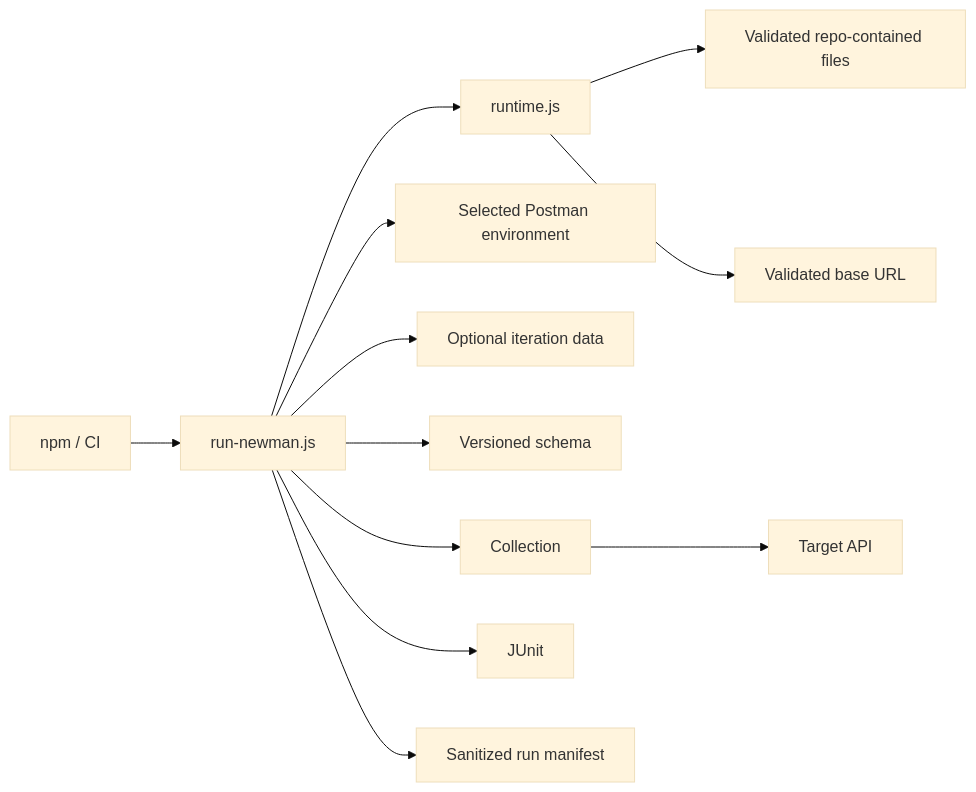
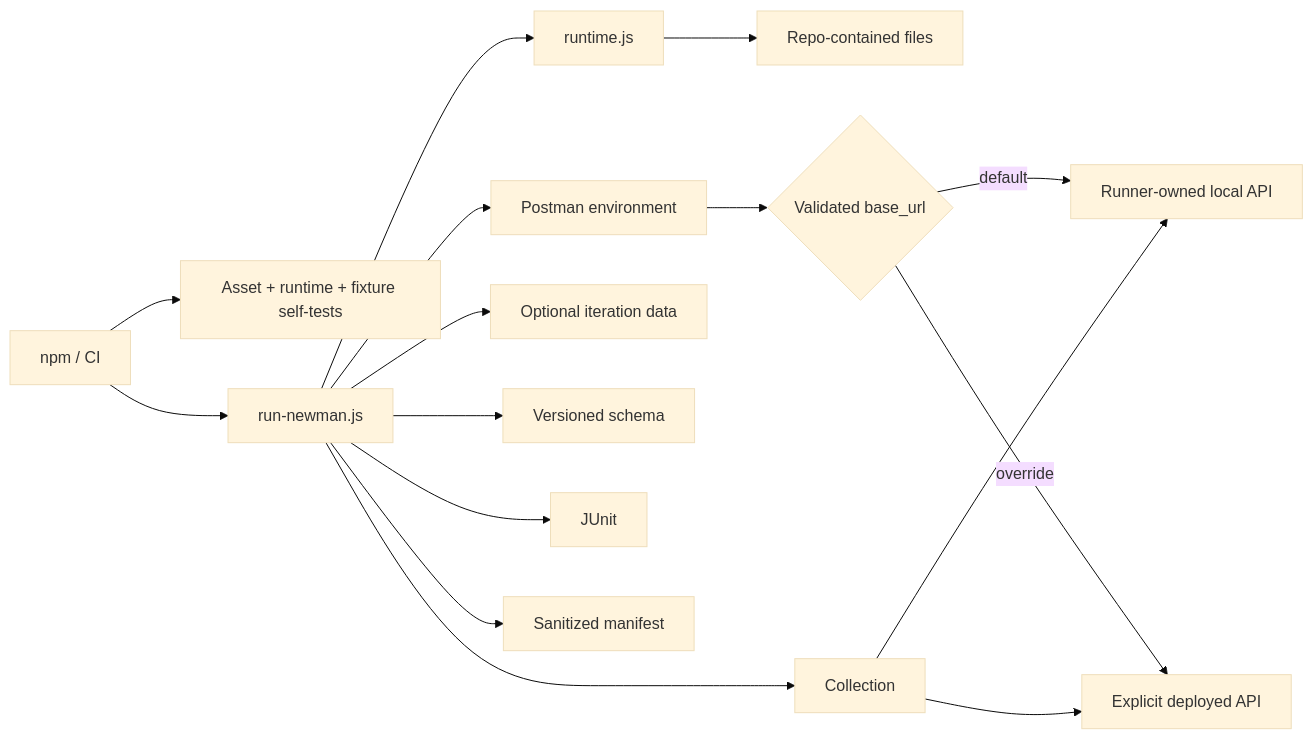
One commit to portyu9/qa-automation-api-postman-newman changed the diagram in docs/ARCHITECTURE.md. Above: the diagram before and after it, drawn with Mermaid (base theme). The commit also changed other lines of this file and 9 other files, not shown here.

First line of the commit message:
Make Newman CI deterministic with runner-owned local API (#15)

````diff
--- a/docs/ARCHITECTURE.md
+++ b/docs/ARCHITECTURE.md
@@ -7,14 +7,18 @@
 ```mermaid
 flowchart LR
-    CLI[npm / CI] --> RUN[run-newman.js]
+    CLI[npm / CI] --> VALIDATE[Asset + runtime + fixture self-tests]
+    CLI --> RUN[run-newman.js]
     RUN --> RT[runtime.js]
-    RT --> FILES[Validated repo-contained files]
-    RT --> URL[Validated base URL]
-    RUN --> ENV[Selected Postman environment]
+    RT --> FILES[Repo-contained files]
+    RUN --> ENV[Postman environment]
     RUN --> DATA[Optional iteration data]
     RUN --> SCHEMA[Versioned schema]
     RUN --> COL[Collection]
-    COL --> API[Target API]
+    ENV --> TARGET{Validated base_url}
+    TARGET -->|default| LOCAL[Runner-owned local API]
+    TARGET -->|override| EXTERNAL[Explicit deployed API]
+    COL --> LOCAL
+    COL --> EXTERNAL
     RUN --> J[JUnit]
-    RUN --> M[Sanitized run manifest]
+    RUN --> M[Sanitized manifest]
 ```
````
